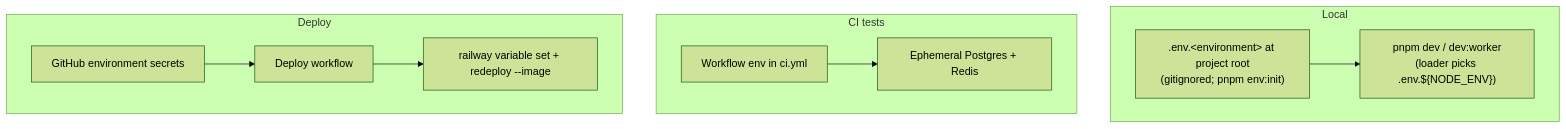
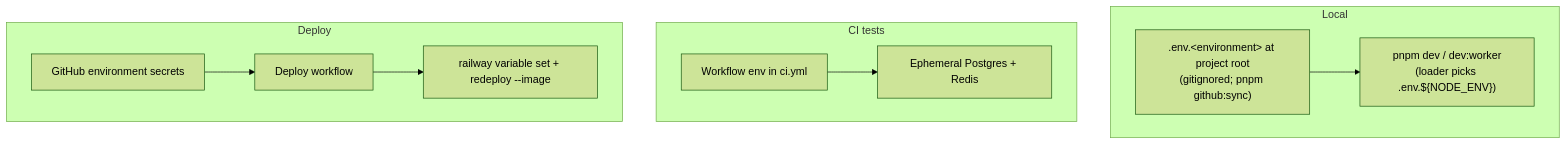
The sixth of 7 diagrams in docs/deployment/ci-cd/cicd-and-deployment.md (nikunjmavani/core-be), drawn with Mermaid (forest theme) before and after one commit. The commit also changed other lines of this file and 117 other files, not shown here.

````diff
--- a/docs/deployment/ci-cd/cicd-and-deployment.md
+++ b/docs/deployment/ci-cd/cicd-and-deployment.md
@@ -340,21 +340,21 @@
 ```mermaid
 flowchart TB
   subgraph local [Local]
-    A1[".env.&lt;environment&gt; at project root\n(gitignored; pnpm env:init)"]
+    A1[".env.&lt;environment&gt; at project root\n(gitignored; pnpm github:sync)"]
     A2["pnpm dev / dev:worker\n(loader picks .env.${NODE_ENV})"]
     A1 --> A2
   end
 
   subgraph ci_env [CI tests]
     B1["Workflow env in ci.yml"]
     B2["Ephemeral Postgres + Redis"]
     B1 --> B2
   end
 
   subgraph deploy_env [Deploy]
     C1["GitHub environment secrets"]
     C2["Deploy workflow"]
     C3["railway variable set + redeploy --image"]
     C1 --> C2 --> C3
   end
 ```
````
